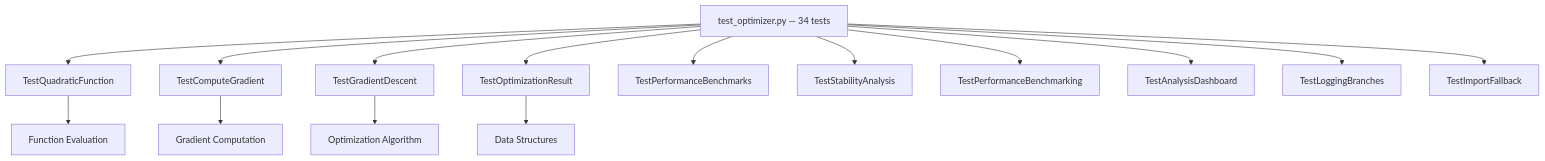
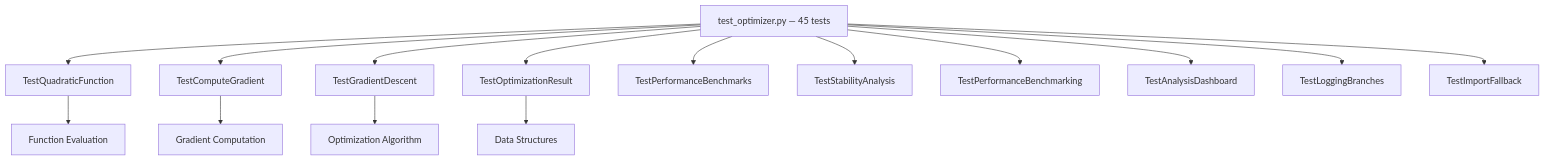
The diagram in projects/code_project/tests/README.md (docxology/template), drawn with Mermaid before and after one commit. The commit also changed other lines of this file and 106 other files, not shown here.

````diff
--- a/projects/code_project/tests/README.md
+++ b/projects/code_project/tests/README.md
@@ -44,18 +44,18 @@
 ```mermaid
 graph TD
-    A[test_optimizer.py — 34 tests] --> B[TestQuadraticFunction]
+    A[test_optimizer.py — 45 tests] --> B[TestQuadraticFunction]
     A --> C[TestComputeGradient]
     A --> D[TestGradientDescent]
     A --> E[TestOptimizationResult]
     A --> F[TestPerformanceBenchmarks]
     A --> G[TestStabilityAnalysis]
     A --> H[TestPerformanceBenchmarking]
     A --> I[TestAnalysisDashboard]
     A --> J[TestLoggingBranches]
     A --> K[TestImportFallback]
 
     B --> L[Function Evaluation]
     C --> M[Gradient Computation]
     D --> N[Optimization Algorithm]
     E --> O[Data Structures]
 ```
````
